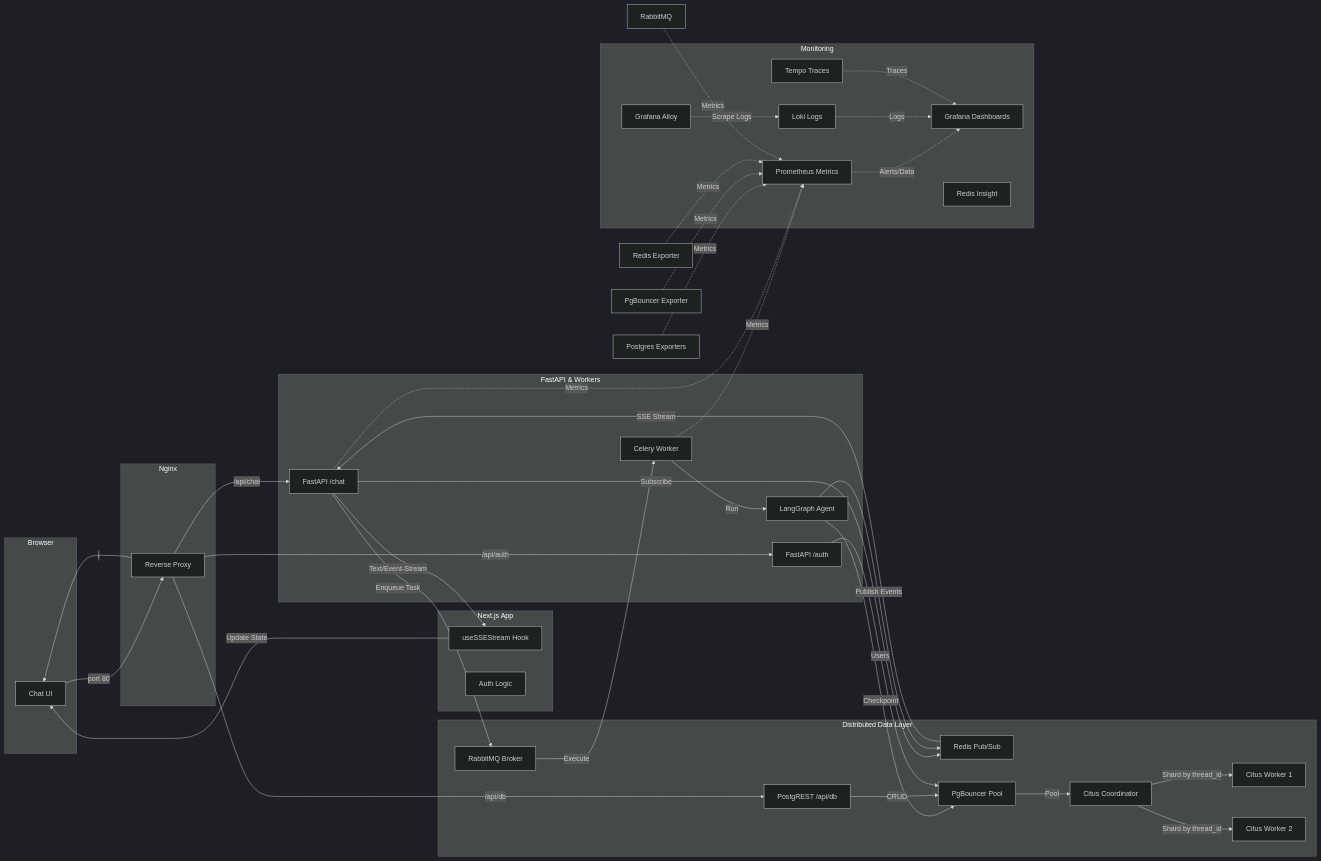
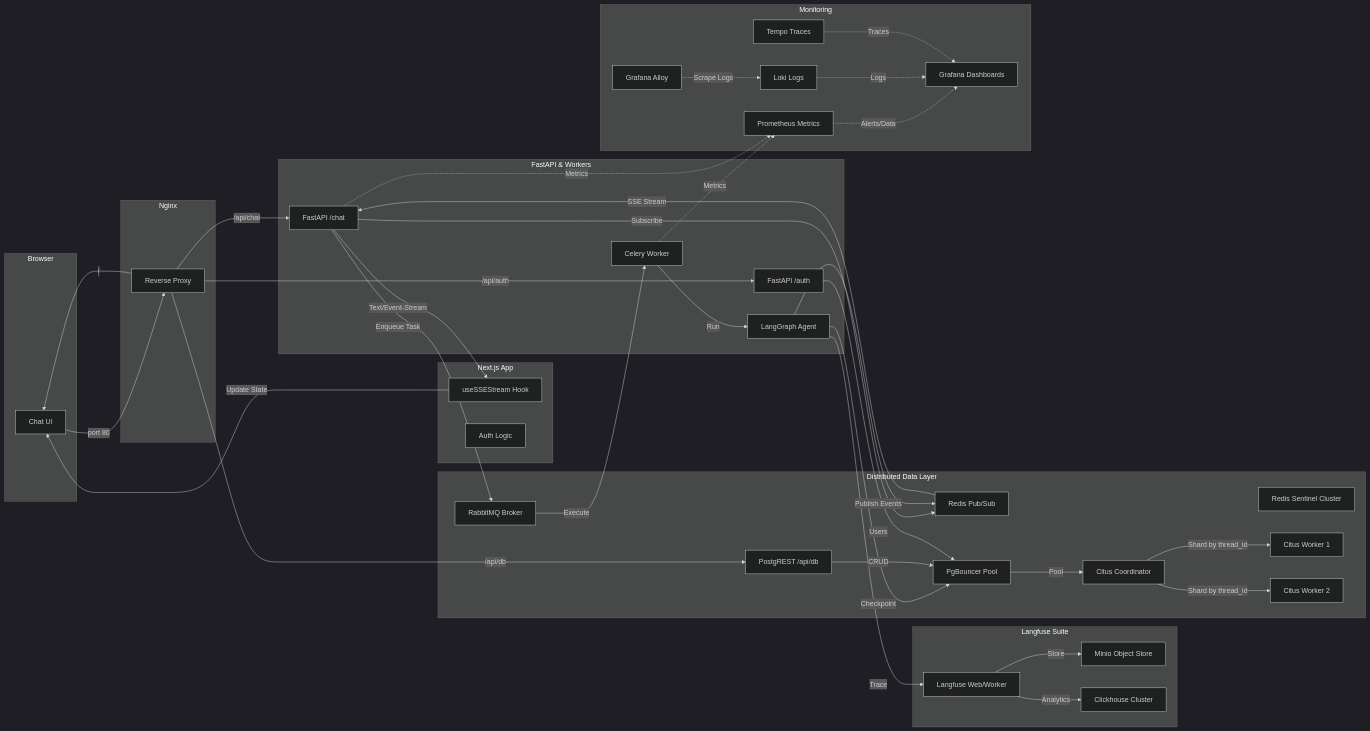
Before and after one commit to tituslhy/fictional-bassoon: the diagram in README.md, drawn with Mermaid (dark theme). The commit also changed other lines of this file and 1 other file, not shown here.

```diff
--- a/README.md
+++ b/README.md
@@ -31,8 +31,15 @@
         Agent[LangGraph Agent]
     end
 
+    subgraph Observability [Langfuse Suite]
+        Langfuse[Langfuse Web/Worker]
+        Minio[Minio Object Store]
+        Clickhouse[Clickhouse Cluster]
+    end
+
     subgraph Persistence [Distributed Data Layer]
         Broker[RabbitMQ Broker]
+        Redis[Redis Sentinel Cluster]
         PubSub[Redis Pub/Sub]
         PgB[PgBouncer Pool]
         PGRST[PostgREST /api/db]
@@ -47,7 +54,6 @@
         Prom[Prometheus Metrics]
         Tempo[Tempo Traces]
         Grafana[Grafana Dashboards]
-        Insight[Redis Insight]
     end
 
     %% Flow
@@ -76,12 +82,12 @@
     SSE -->|Update State| UI
 
     %% Observability
+    Agent -->|Trace| Langfuse
+    Langfuse -->|Store| Minio
+    Langfuse -->|Analytics| Clickhouse
+    
     Worker -.->|Metrics| Prom
     API -.->|Metrics| Prom
-    PostgresExporter[Postgres Exporters] -.->|Metrics| Prom
-    PgBExporter[PgBouncer Exporter] -.->|Metrics| Prom
-    RedisExporter[Redis Exporter] -.->|Metrics| Prom
-    RabbitMQ -.->|Metrics| Prom
     
     Alloy -.->|Scrape Logs| Loki
     Prom -.->|Alerts/Data| Grafana
```
